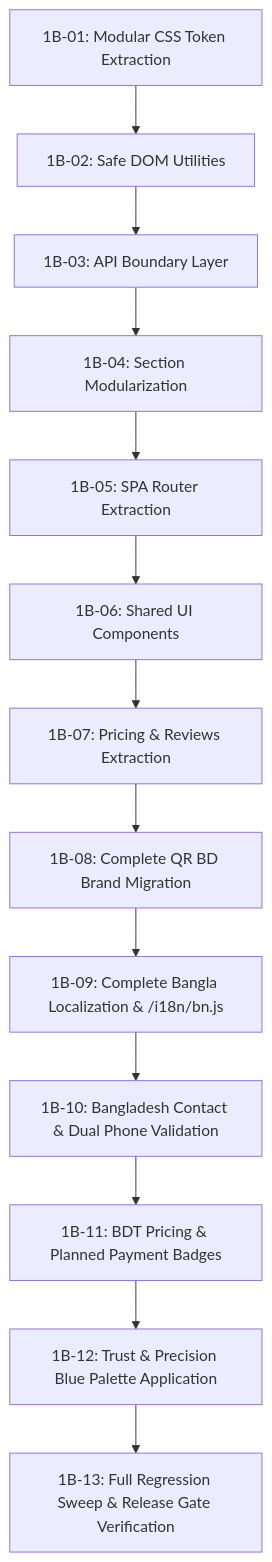
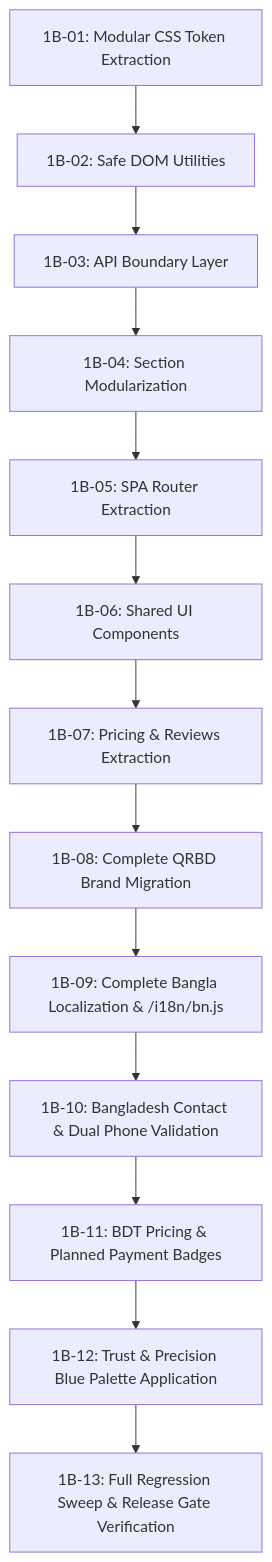
One commit to DigitalStudioseba/qrbd changed the fourth of 4 diagrams in docs/PRD.md. Above: the diagram before and after it, drawn with Mermaid. The commit also changed other lines of this file and 7 other files, not shown here.

````diff
--- a/docs/PRD.md
+++ b/docs/PRD.md
@@ -463,15 +463,15 @@
 ```mermaid
 graph TD
     B1["1B-01: Modular CSS Token Extraction"] --> B2["1B-02: Safe DOM Utilities"]
     B2 --> B3["1B-03: API Boundary Layer"]
     B3 --> B4["1B-04: Section Modularization"]
     B4 --> B5["1B-05: SPA Router Extraction"]
     B5 --> B6["1B-06: Shared UI Components"]
     B6 --> B7["1B-07: Pricing & Reviews Extraction"]
-    B7 --> B8["1B-08: Complete QR BD Brand Migration"]
+    B7 --> B8["1B-08: Complete QRBD Brand Migration"]
     B8 --> B9["1B-09: Complete Bangla Localization & /i18n/bn.js"]
     B9 --> B10["1B-10: Bangladesh Contact & Dual Phone Validation"]
     B10 --> B11["1B-11: BDT Pricing & Planned Payment Badges"]
     B11 --> B12["1B-12: Trust & Precision Blue Palette Application"]
     B12 --> B13["1B-13: Full Regression Sweep & Release Gate Verification"]
 ```
````
